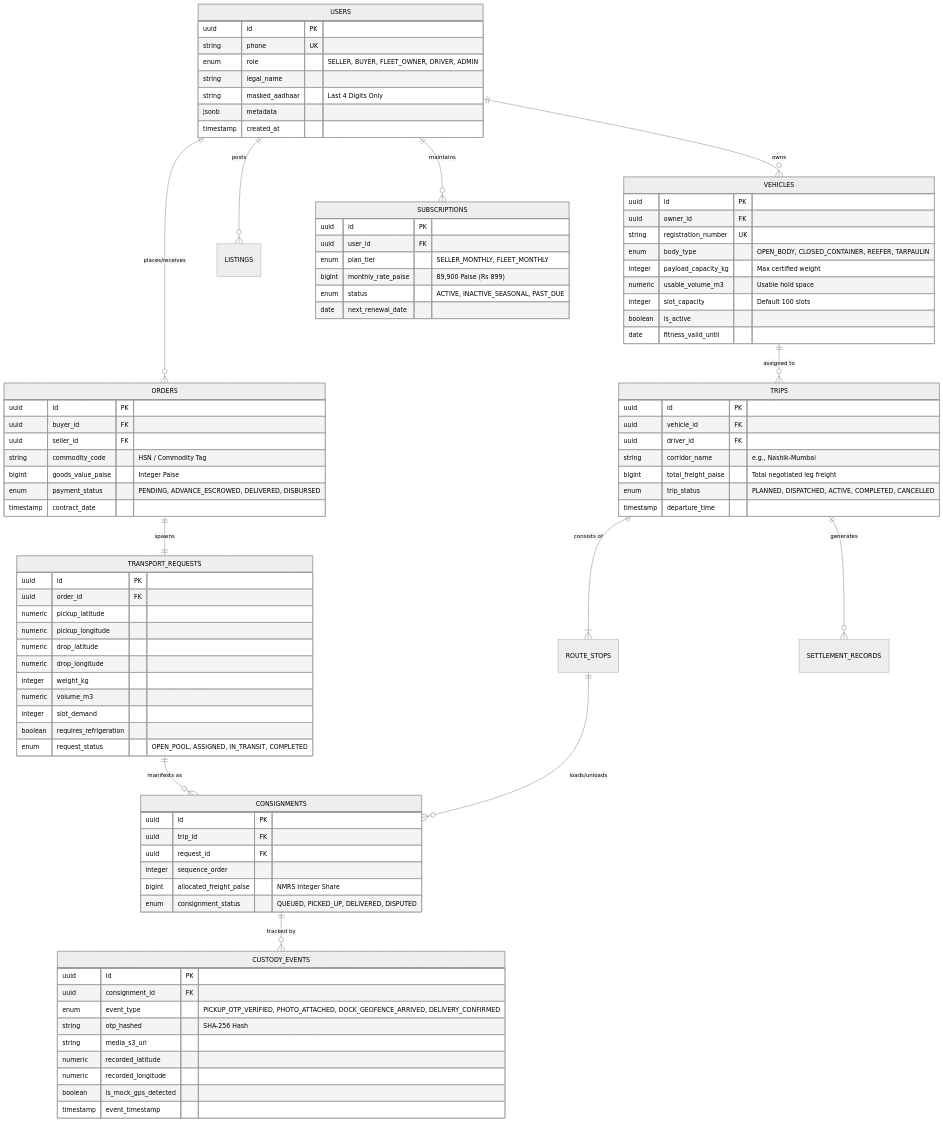
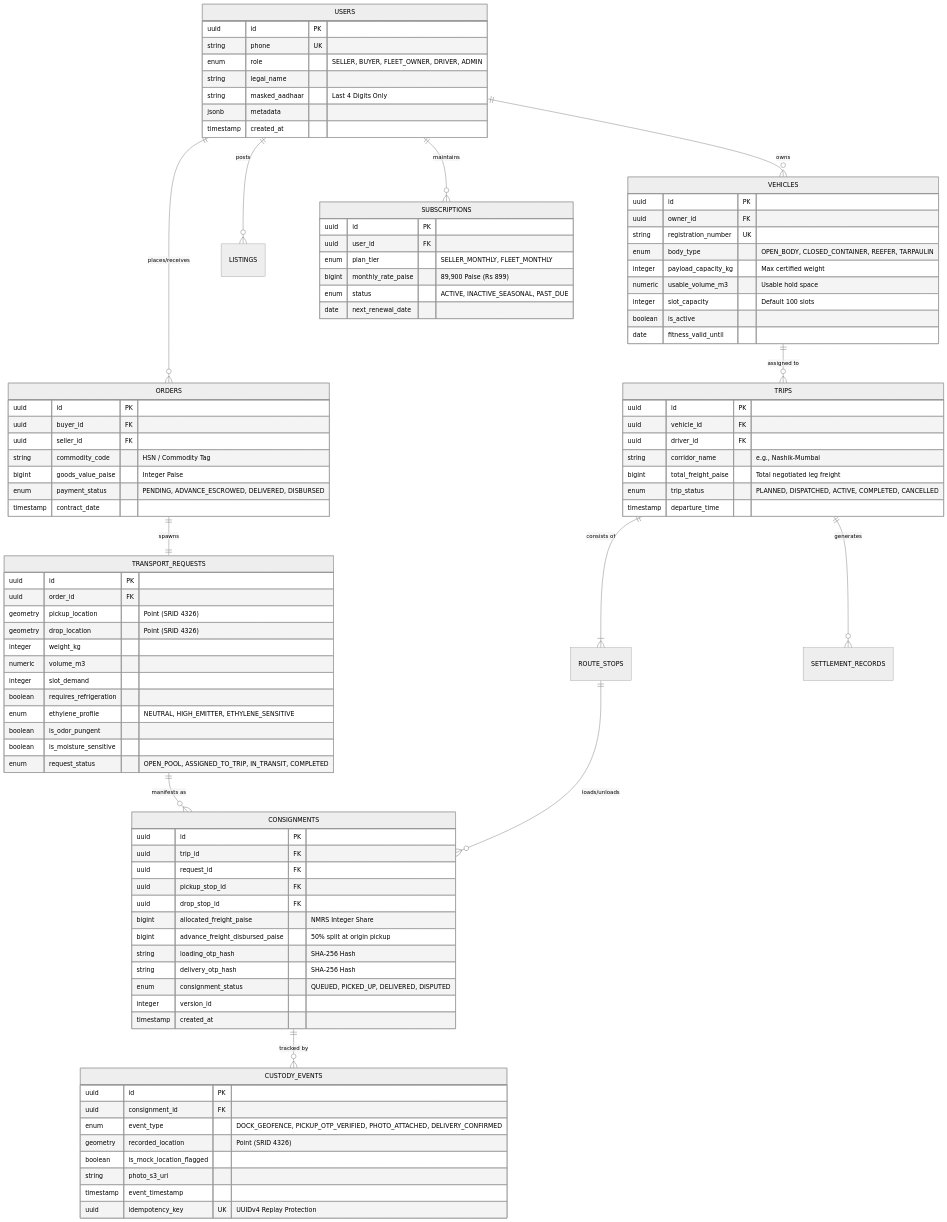
One commit to RohanPrasad007/prayaan-reference changed the second of 2 diagrams in 04_SYSTEM_ARCHITECTURE_AND_SPECIFICATIONS.md. Above: the diagram before and after it, drawn with Mermaid (neutral theme). The commit also changed other lines of this file and 9 other files, not shown here.

Commit message:
docs: add executive TL;DR fast-track blocks and update schema architecture specifications

```diff
--- a/04_SYSTEM_ARCHITECTURE_AND_SPECIFICATIONS.md
+++ b/04_SYSTEM_ARCHITECTURE_AND_SPECIFICATIONS.md
@@ -125,15 +139,16 @@
     TRANSPORT_REQUESTS {
         uuid id PK
         uuid order_id FK
-        numeric pickup_latitude
-        numeric pickup_longitude
-        numeric drop_latitude
-        numeric drop_longitude
+        geometry pickup_location "Point (SRID 4326)"
+        geometry drop_location "Point (SRID 4326)"
         integer weight_kg
         numeric volume_m3
         integer slot_demand
         boolean requires_refrigeration
-        enum request_status "OPEN_POOL, ASSIGNED, IN_TRANSIT, COMPLETED"
+        enum ethylene_profile "NEUTRAL, HIGH_EMITTER, ETHYLENE_SENSITIVE"
+        boolean is_odor_pungent
+        boolean is_moisture_sensitive
+        enum request_status "OPEN_POOL, ASSIGNED_TO_TRIP, IN_TRANSIT, COMPLETED"
     }
 
     TRIPS {
@@ -150,21 +165,26 @@
         uuid id PK
         uuid trip_id FK
         uuid request_id FK
-        integer sequence_order
+        uuid pickup_stop_id FK
+        uuid drop_stop_id FK
         bigint allocated_freight_paise "NMRS Integer Share"
+        bigint advance_freight_disbursed_paise "50% split at origin pickup"
+        string loading_otp_hash "SHA-256 Hash"
+        string delivery_otp_hash "SHA-256 Hash"
         enum consignment_status "QUEUED, PICKED_UP, DELIVERED, DISPUTED"
+        integer version_id
+        timestamp created_at
     }
 
     CUSTODY_EVENTS {
         uuid id PK
         uuid consignment_id FK
-        enum event_type "PICKUP_OTP_VERIFIED, PHOTO_ATTACHED, DOCK_GEOFENCE_ARRIVED, DELIVERY_CONFIRMED"
-        string otp_hashed "SHA-256 Hash"
-        string media_s3_uri
-        numeric recorded_latitude
-        numeric recorded_longitude
-        boolean is_mock_gps_detected
+        enum event_type "DOCK_GEOFENCE, PICKUP_OTP_VERIFIED, PHOTO_ATTACHED, DELIVERY_CONFIRMED"
+        geometry recorded_location "Point (SRID 4326)"
+        boolean is_mock_location_flagged
+        string photo_s3_uri
         timestamp event_timestamp
+        uuid idempotency_key UK "UUIDv4 Replay Protection"
     }
 
     SUBSCRIPTIONS {
```
